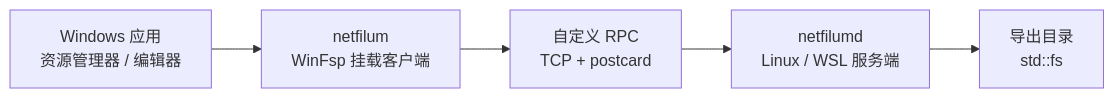
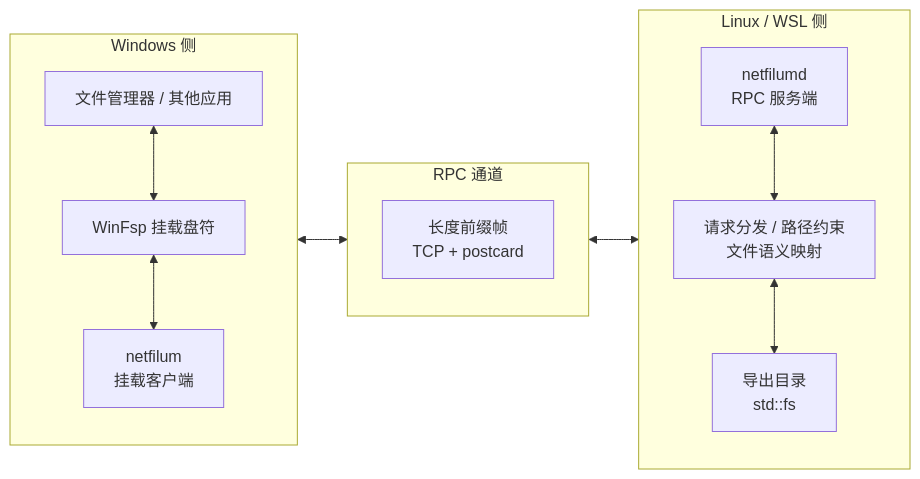
One commit to zetaloop/netfilum changed the diagram in README.md. Above: the diagram before and after it, drawn with Mermaid.

Commit message:
docs: rework README architecture diagram

````diff
--- a/README.md
+++ b/README.md
@@ -14,7 +14,30 @@
 ```mermaid
 flowchart LR
-    A["Windows 应用<br/>资源管理器 / 编辑器"] --> B["netfilum<br/>WinFsp 挂载客户端"]
-    B --> C["自定义 RPC<br/>TCP + postcard"]
-    C --> D["netfilumd<br/>Linux / WSL 服务端"]
-    D --> E["导出目录<br/>std::fs"]
+    subgraph Win["Windows 侧"]
+        direction TB
+        Apps["文件管理器 / 其他应用"]
+        Mount["WinFsp 挂载盘符"]
+        Client["netfilum<br/>挂载客户端"]
+
+        Apps <--> Mount
+        Mount <--> Client
+    end
+
+    subgraph Wire["RPC 通道"]
+        direction TB
+        Rpc["长度前缀帧<br/>TCP + postcard"]
+    end
+
+    subgraph Linux["Linux / WSL 侧"]
+        direction TB
+        Server["netfilumd<br/>RPC 服务端"]
+        Dispatch["请求分发 / 路径约束<br/>文件语义映射"]
+        Fs["导出目录<br/>std::fs"]
+
+        Server <--> Dispatch
+        Dispatch <--> Fs
+    end
+
+    Win <--> Wire
+    Wire <--> Linux
 ```
````
